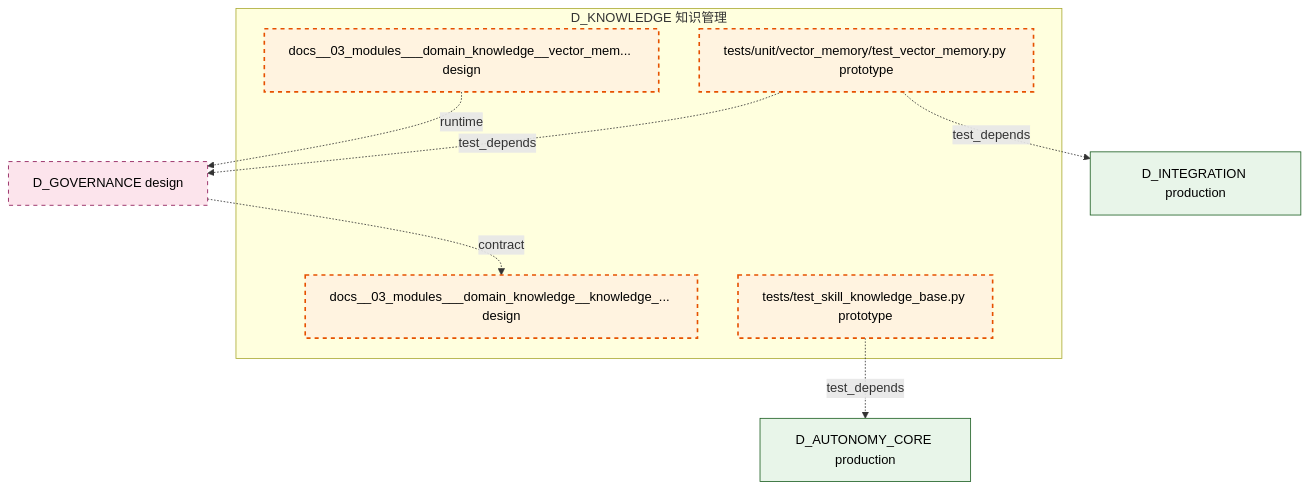
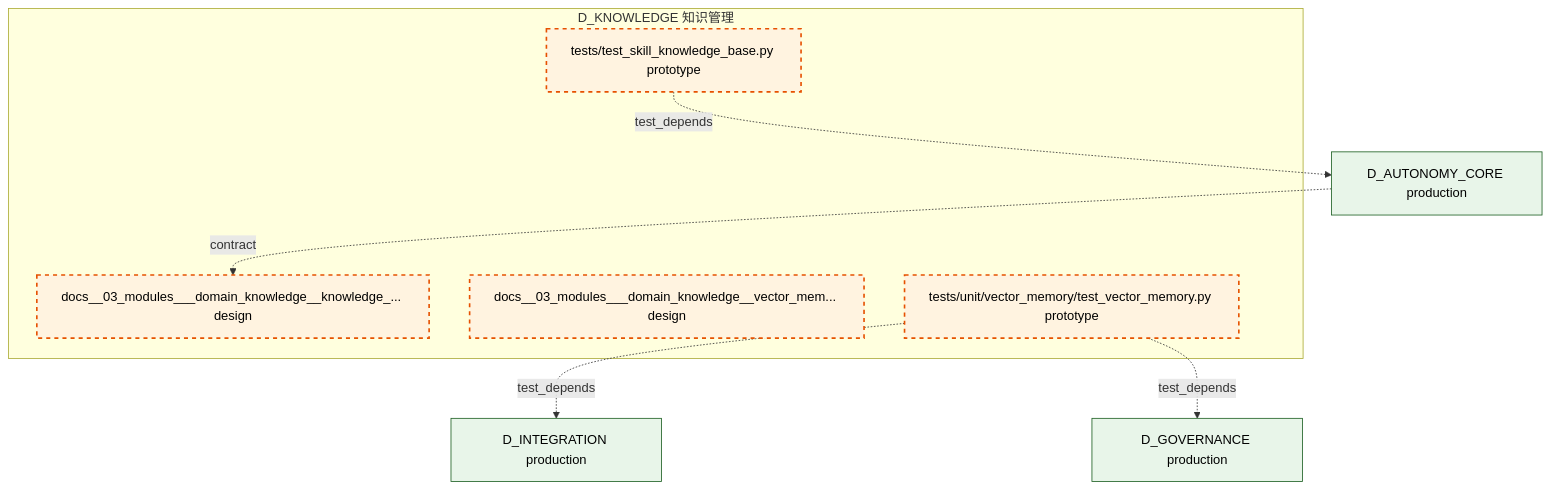
Before and after one commit to xuanFelixVan/ZephyrAlpha: the diagram in docs/02_enterprise_architecture/02_domain_architecture_docs/41_d_knowledge.md, drawn with Mermaid. The commit also changed other lines of this file and 105 other files, not shown here.

````diff
--- a/docs/02_enterprise_architecture/02_domain_architecture_docs/41_d_knowledge.md
+++ b/docs/02_enterprise_architecture/02_domain_architecture_docs/41_d_knowledge.md
@@ -47,24 +47,22 @@
 ```mermaid
 graph TD
     subgraph D_KNOWLEDGE["D_KNOWLEDGE 知识管理"]
         docs_03_modules_domain_knowledge_knowledge_base_blueprint_md["docs__03_modules___domain_knowledge__knowledge_... design"]
         docs_03_modules_domain_knowledge_vector_memory_blueprint_md["docs__03_modules___domain_knowledge__vector_mem... design"]
         tests_test_skill_knowledge_base_py["tests/test_skill_knowledge_base.py prototype"]
         tests_unit_vector_memory_test_vector_memory_py["tests/unit/vector_memory/test_vector_memory.py prototype"]
     end
-    D_GOVERNANCE["D_GOVERNANCE design"]
-    docs_03_modules_domain_knowledge_vector_memory_blueprint_md -.->|runtime| D_GOVERNANCE
     D_AUTONOMY_CORE["D_AUTONOMY_CORE production"]
     tests_test_skill_knowledge_base_py -.->|test_depends| D_AUTONOMY_CORE
     D_INTEGRATION["D_INTEGRATION production"]
     tests_unit_vector_memory_test_vector_memory_py -.->|test_depends| D_INTEGRATION
+    D_GOVERNANCE["D_GOVERNANCE production"]
     tests_unit_vector_memory_test_vector_memory_py -.->|test_depends| D_GOVERNANCE
-    D_GOVERNANCE -.->|contract| docs_03_modules_domain_knowledge_knowledge_base_blueprint_md
+    D_AUTONOMY_CORE -.->|contract| docs_03_modules_domain_knowledge_knowledge_base_blueprint_md
     classDef production fill:#e1f5fe,stroke:#01579b,stroke-width:2px,color:#000
     classDef design fill:#fff3e0,stroke:#e65100,stroke-width:2px,color:#000,stroke-dasharray: 5 5
     classDef external_prod fill:#e8f5e9,stroke:#1b5e20,stroke-width:1px,color:#000
     classDef external_design fill:#fce4ec,stroke:#880e4f,stroke-width:1px,color:#000,stroke-dasharray: 5 5
     class docs_03_modules_domain_knowledge_knowledge_base_blueprint_md,docs_03_modules_domain_knowledge_vector_memory_blueprint_md,tests_test_skill_knowledge_base_py,tests_unit_vector_memory_test_vector_memory_py design
-    class D_AUTONOMY_CORE,D_INTEGRATION external_prod
-    class D_GOVERNANCE external_design
+    class D_AUTONOMY_CORE,D_INTEGRATION,D_GOVERNANCE external_prod
 ```
````
